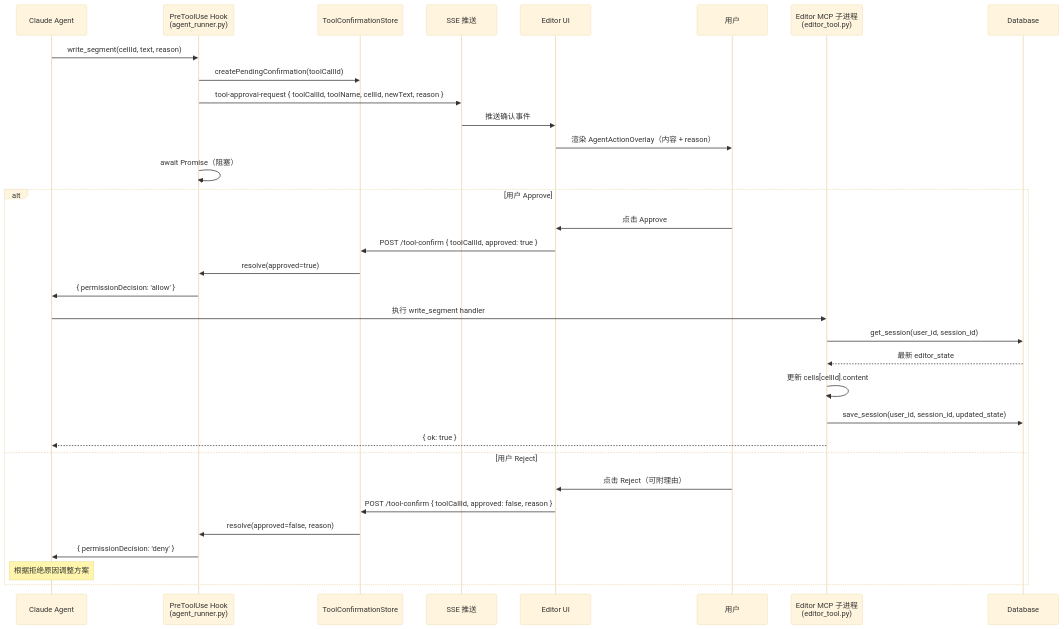
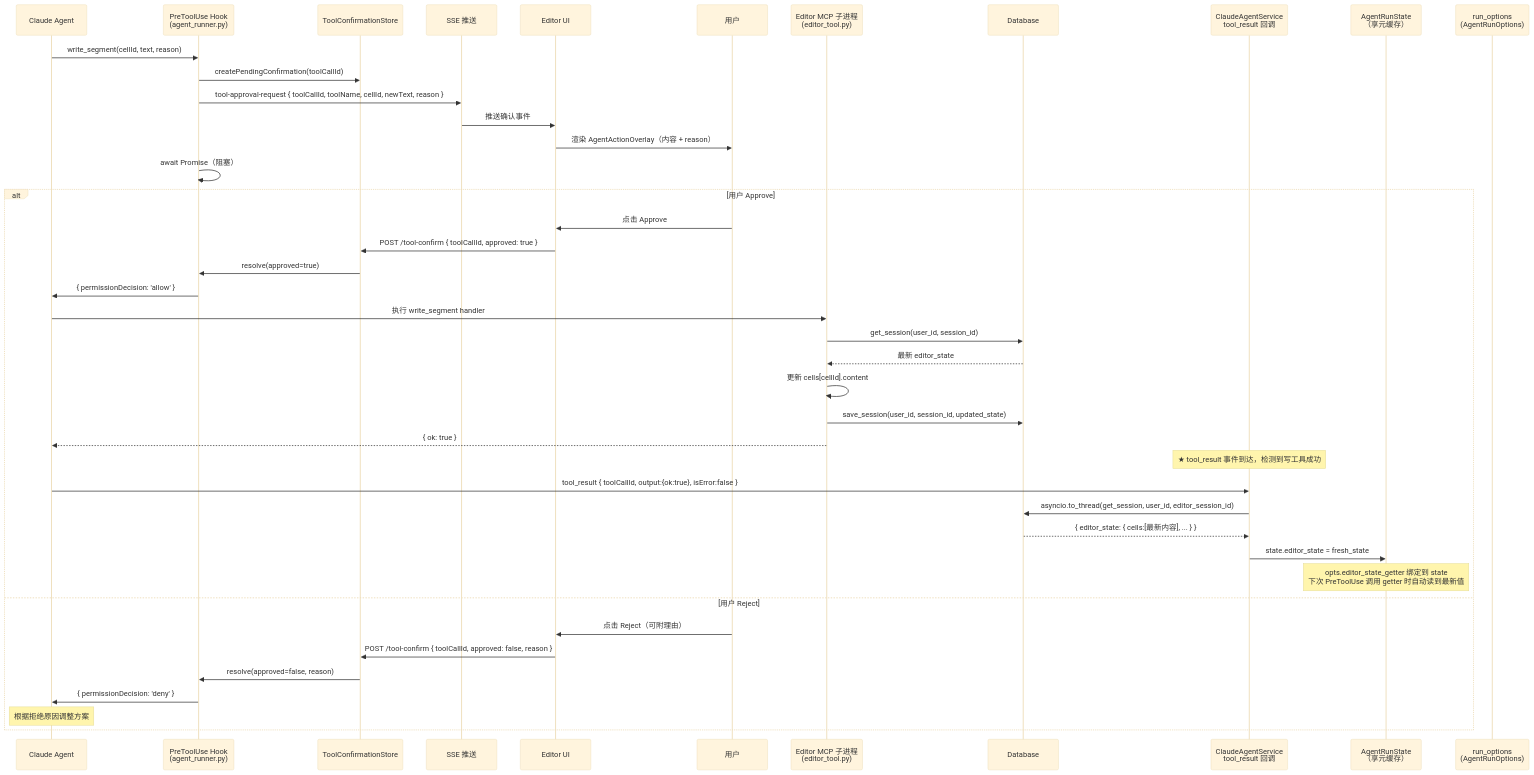
One commit to glide-the/im-dream changed the diagram in docs/design/claude-agent/edit-point/mcp-tools.md. Above: the diagram before and after it, drawn with Mermaid (base theme). The commit also changed other lines of this file and 17 other files, not shown here.

````diff
--- a/docs/design/claude-agent/edit-point/mcp-tools.md
+++ b/docs/design/claude-agent/edit-point/mcp-tools.md
@@ -284,37 +289,47 @@
 ```mermaid
 sequenceDiagram
     participant Agent as Claude Agent
     participant Hook as PreToolUse Hook<br/>(agent_runner.py)
     participant Store as ToolConfirmationStore
     participant SSE as SSE 推送
     participant UI as Editor UI
     participant Human as 用户
     participant MCP as Editor MCP 子进程<br/>(editor_tool.py)
     participant DB as Database
+    participant Svc as ClaudeAgentService<br/>tool_result 回调
+    participant State as AgentRunState<br/>（享元缓存）
+    participant Opts as run_options<br/>(AgentRunOptions)
 
     Agent->>Hook: write_segment(cellId, text, reason)
     Hook->>Store: createPendingConfirmation(toolCallId)
     Hook->>SSE: tool-approval-request { toolCallId, toolName, cellId, newText, reason }
     SSE->>UI: 推送确认事件
     UI->>Human: 渲染 AgentActionOverlay（内容 + reason）
     Hook->>Hook: await Promise（阻塞）
 
     alt 用户 Approve
         Human->>UI: 点击 Approve
         UI->>Store: POST /tool-confirm { toolCallId, approved: true }
         Store->>Hook: resolve(approved=true)
         Hook->>Agent: { permissionDecision: 'allow' }
         Agent->>MCP: 执行 write_segment handler
         MCP->>DB: get_session(user_id, session_id)
         DB-->>MCP: 最新 editor_state
         MCP->>MCP: 更新 cells[cellId].content
         MCP->>DB: save_session(user_id, session_id, updated_state)
         MCP-->>Agent: { ok: true }
+
+        Note over Svc: ★ tool_result 事件到达，检测到写工具成功
+        Agent->>Svc: tool_result { toolCallId, output:{ok:true}, isError:false }
+        Svc->>DB: asyncio.to_thread(get_session, user_id, editor_session_id)
+        DB-->>Svc: { editor_state: { cells:[最新内容], ... } }
+        Svc->>State: state.editor_state = fresh_state
+        Note over State: opts.editor_state_getter 绑定到 state<br/>下次 PreToolUse 调用 getter 时自动读到最新值
     else 用户 Reject
         Human->>UI: 点击 Reject（可附理由）
         UI->>Store: POST /tool-confirm { toolCallId, approved: false, reason }
         Store->>Hook: resolve(approved=false, reason)
         Hook->>Agent: { permissionDecision: 'deny' }
         Note over Agent: 根据拒绝原因调整方案
     end
 ```
````
